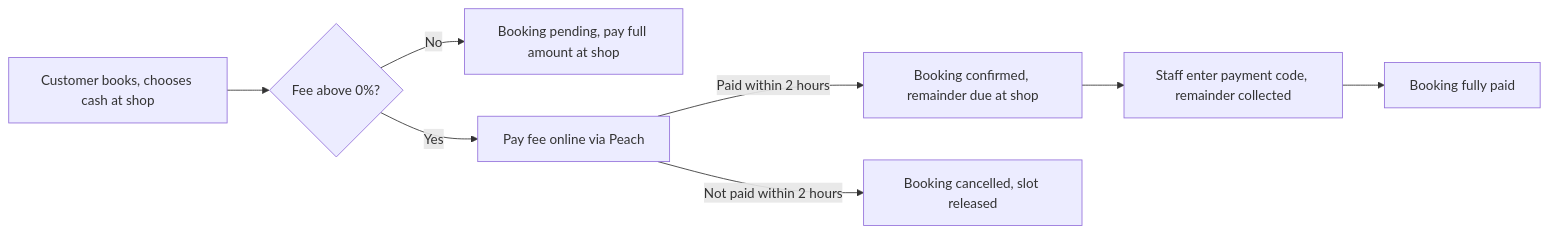
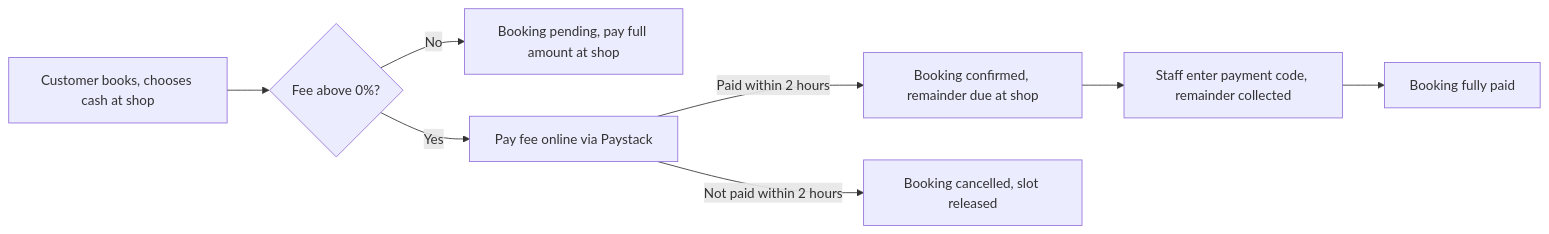
One commit to pbhaninaa/Product-Store changed the diagram in docs/engineering/requirements/booking-fee.md. Above: the diagram before and after it, drawn with Mermaid. The commit also changed other lines of this file, not shown here.

First line of the commit message:
docs(requirements): switch booking fee payment provider to Paystack

````diff
--- a/docs/engineering/requirements/booking-fee.md
+++ b/docs/engineering/requirements/booking-fee.md
@@ -26,10 +27,10 @@
 ```mermaid
 flowchart LR
   A[Customer books, chooses cash at shop] --> B{Fee above 0%?}
   B -- No --> E[Booking pending, pay full amount at shop]
-  B -- Yes --> C[Pay fee online via Peach]
+  B -- Yes --> C[Pay fee online via Paystack]
   C -- Paid within 2 hours --> D[Booking confirmed, remainder due at shop]
   C -- Not paid within 2 hours --> X[Booking cancelled, slot released]
   D --> F[Staff enter payment code, remainder collected]
   F --> G[Booking fully paid]
 ```
````
